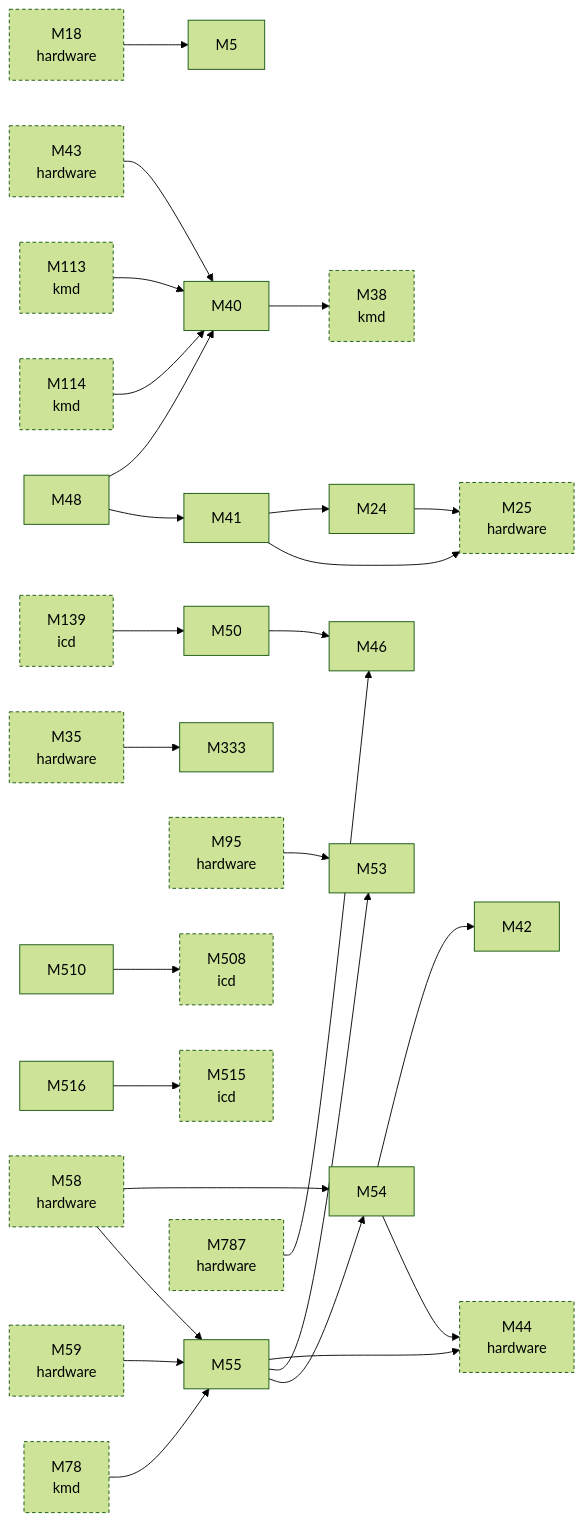
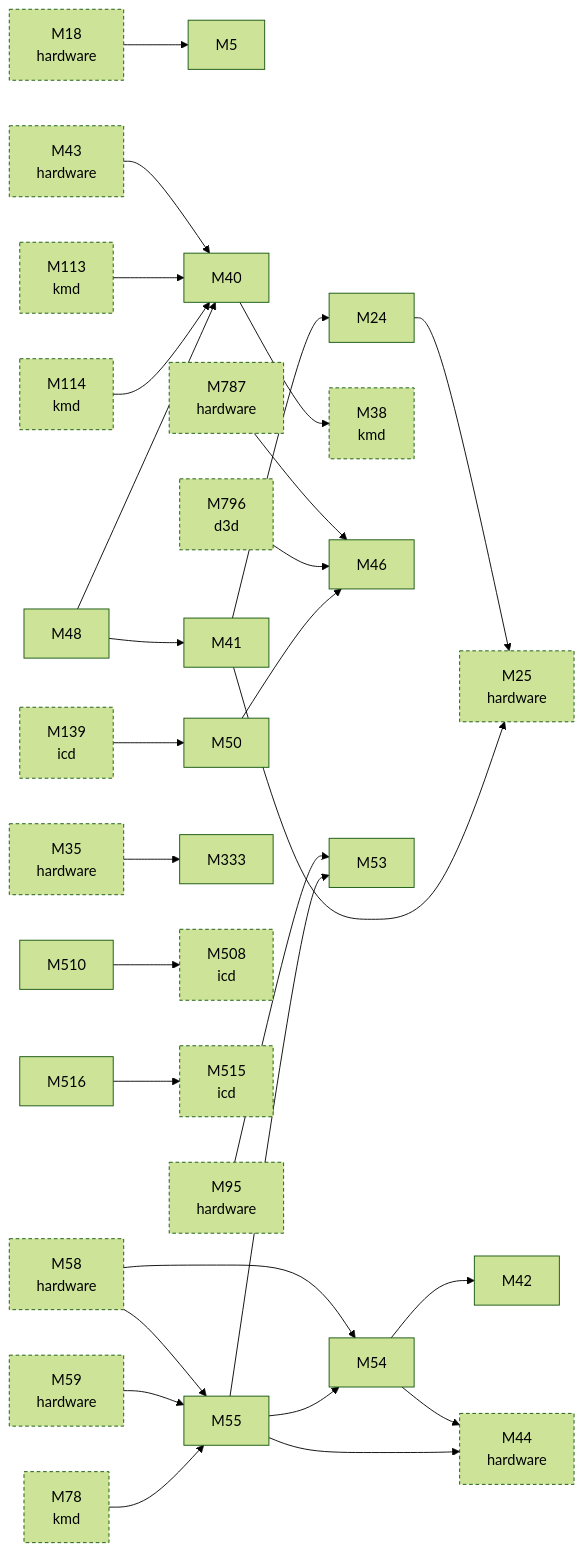
Before and after one commit to D-Ogi/amdgpu-wddm: the second of 2 diagrams in docs/facts/graphs/linux.md, drawn with Mermaid (forest theme). The commit also changed 12 other files, not shown here.

````diff
--- a/docs/facts/graphs/linux.md
+++ b/docs/facts/graphs/linux.md
@@ -35,61 +35,63 @@
 ```mermaid
 flowchart LR
   M5["M5"]
   M18["M18<br/>hardware"]
   M24["M24"]
   M25["M25<br/>hardware"]
   M35["M35<br/>hardware"]
   M38["M38<br/>kmd"]
   M40["M40"]
   M41["M41"]
   M42["M42"]
   M43["M43<br/>hardware"]
   M44["M44<br/>hardware"]
   M46["M46"]
   M48["M48"]
   M50["M50"]
   M53["M53"]
   M54["M54"]
   M55["M55"]
   M58["M58<br/>hardware"]
   M59["M59<br/>hardware"]
   M78["M78<br/>kmd"]
   M95["M95<br/>hardware"]
   M113["M113<br/>kmd"]
   M114["M114<br/>kmd"]
   M139["M139<br/>icd"]
   M333["M333"]
   M508["M508<br/>icd"]
   M510["M510"]
   M515["M515<br/>icd"]
   M516["M516"]
   M787["M787<br/>hardware"]
+  M796["M796<br/>d3d"]
   M18 --> M5
   M35 --> M333
   M43 --> M40
   M58 --> M54
   M58 --> M55
   M59 --> M55
   M95 --> M53
   M787 --> M46
   M78 --> M55
   M113 --> M40
   M114 --> M40
   M139 --> M50
+  M796 --> M46
   M24 --> M25
   M40 --> M38
   M41 --> M24
   M41 --> M25
   M48 --> M40
   M48 --> M41
   M50 --> M46
   M54 --> M42
   M54 --> M44
   M55 --> M44
   M55 --> M53
   M55 --> M54
   M510 --> M508
   M516 --> M515
   classDef other stroke-dasharray:4 3
-  class M18,M25,M35,M38,M43,M44,M58,M59,M78,M95,M113,M114,M139,M508,M515,M787 other
+  class M18,M25,M35,M38,M43,M44,M58,M59,M78,M95,M113,M114,M139,M508,M515,M787,M796 other
 ```
````
